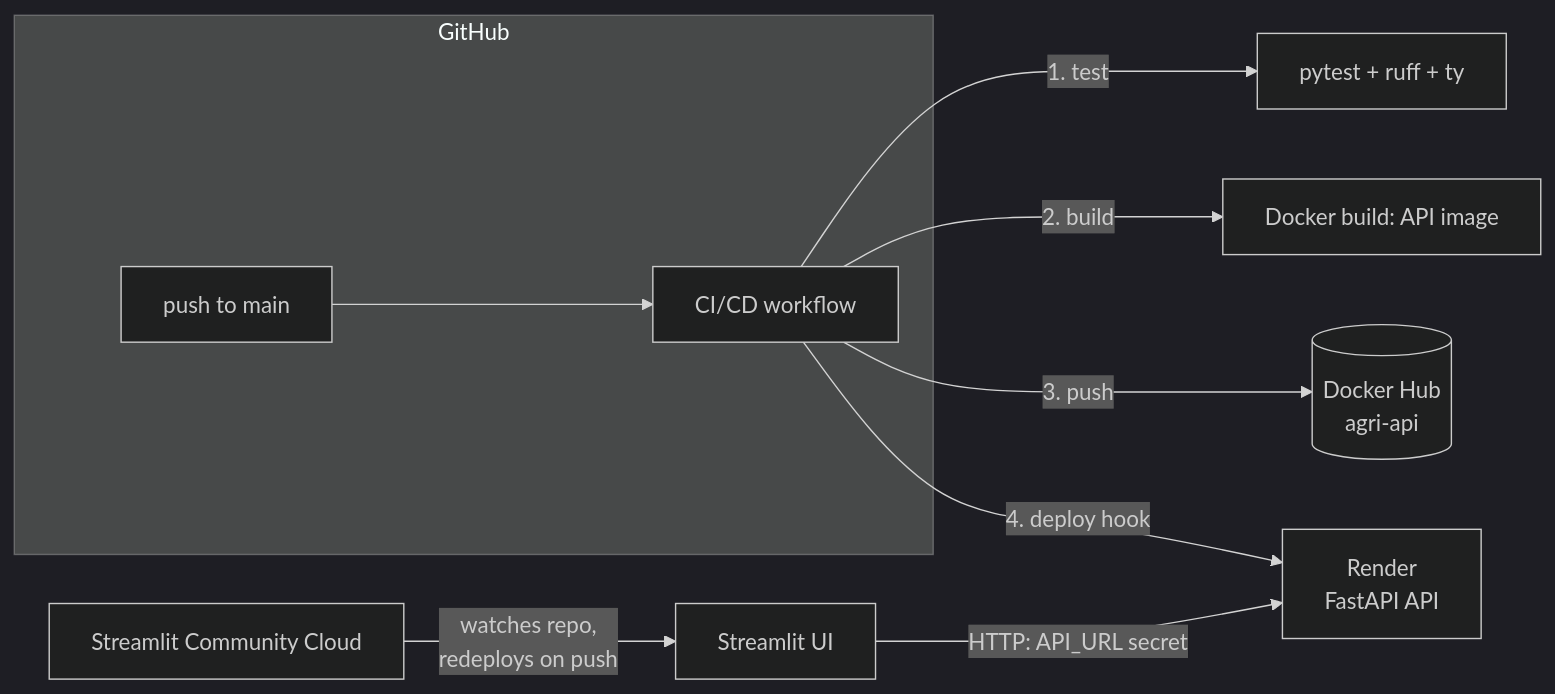
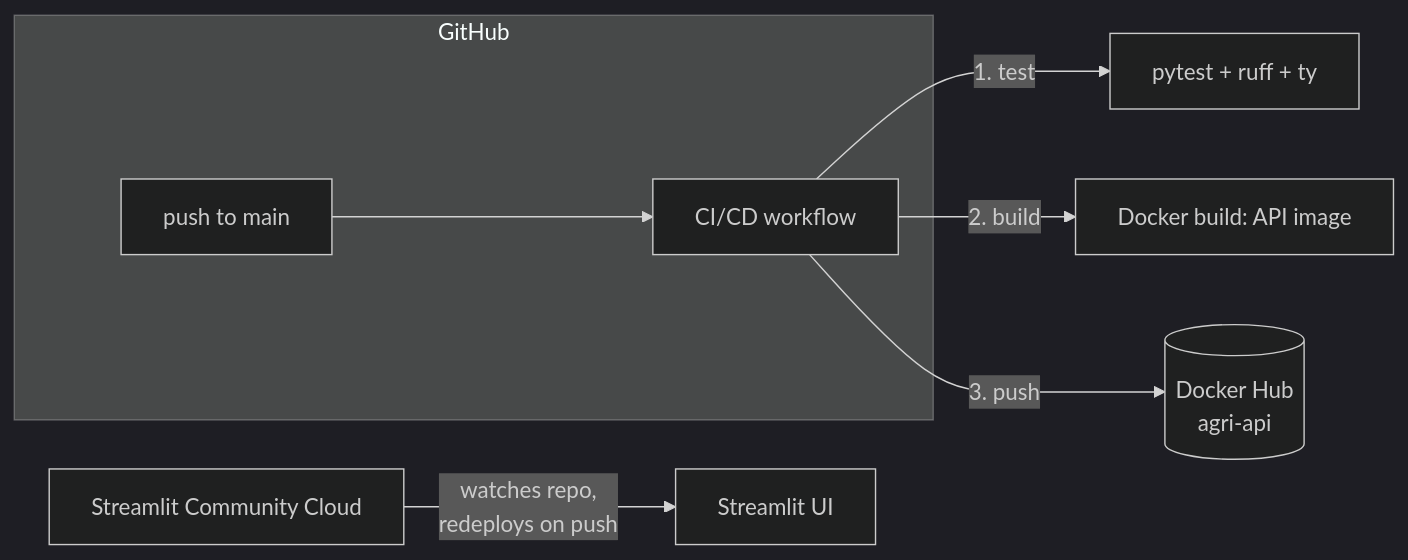
The diagram in README.md (olivierbinder/agri), drawn with Mermaid (dark theme) before and after one commit. The commit also changed other lines of this file and 3 other files, not shown here.

````diff
--- a/README.md
+++ b/README.md
@@ -17,14 +17,12 @@
 ```mermaid
 flowchart LR
     subgraph GH[GitHub]
         push[push to main] --> ci[CI/CD workflow]
     end
 
     ci -->|1. test| tests[pytest + ruff + ty]
     ci -->|2. build| build[Docker build: API image]
     ci -->|3. push| hub[(Docker Hub<br/>agri-api)]
-    ci -->|4. deploy hook| render[Render<br/>FastAPI API]
 
     scc[Streamlit Community Cloud] -->|watches repo,<br/>redeploys on push| ui[Streamlit UI]
-    ui -->|HTTP: API_URL secret| render
 ```
````
